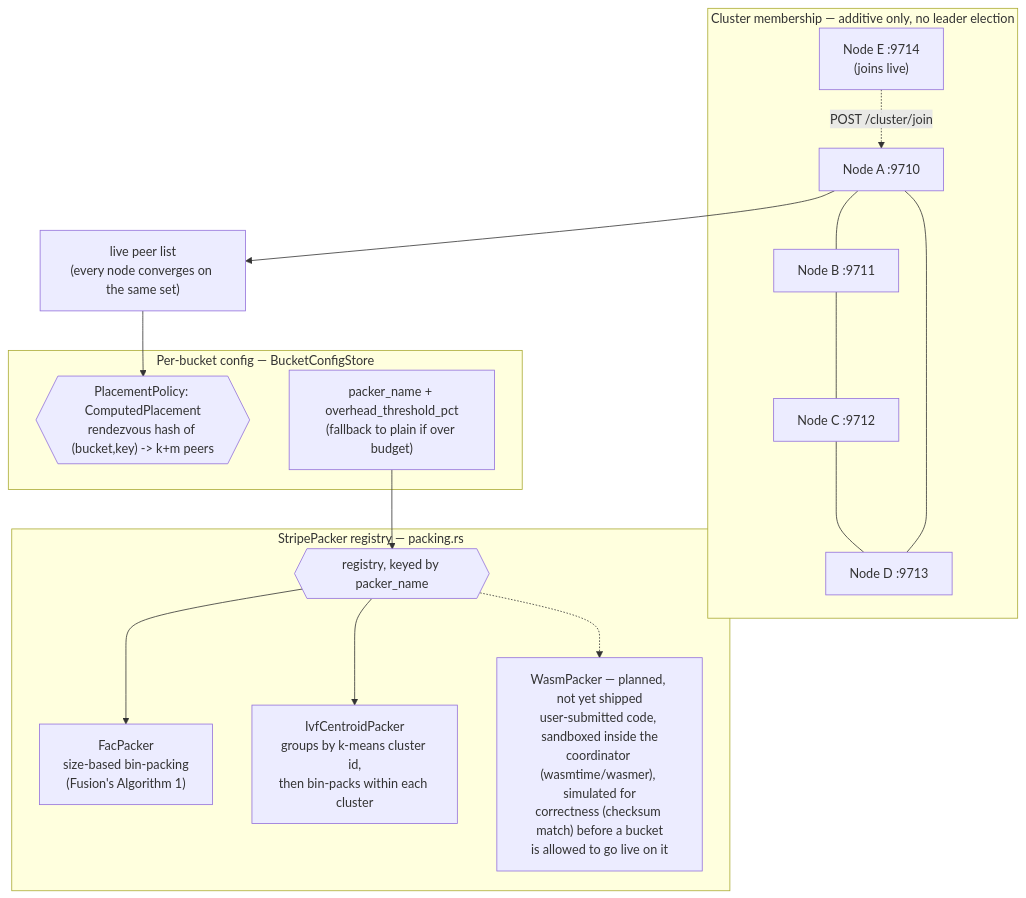
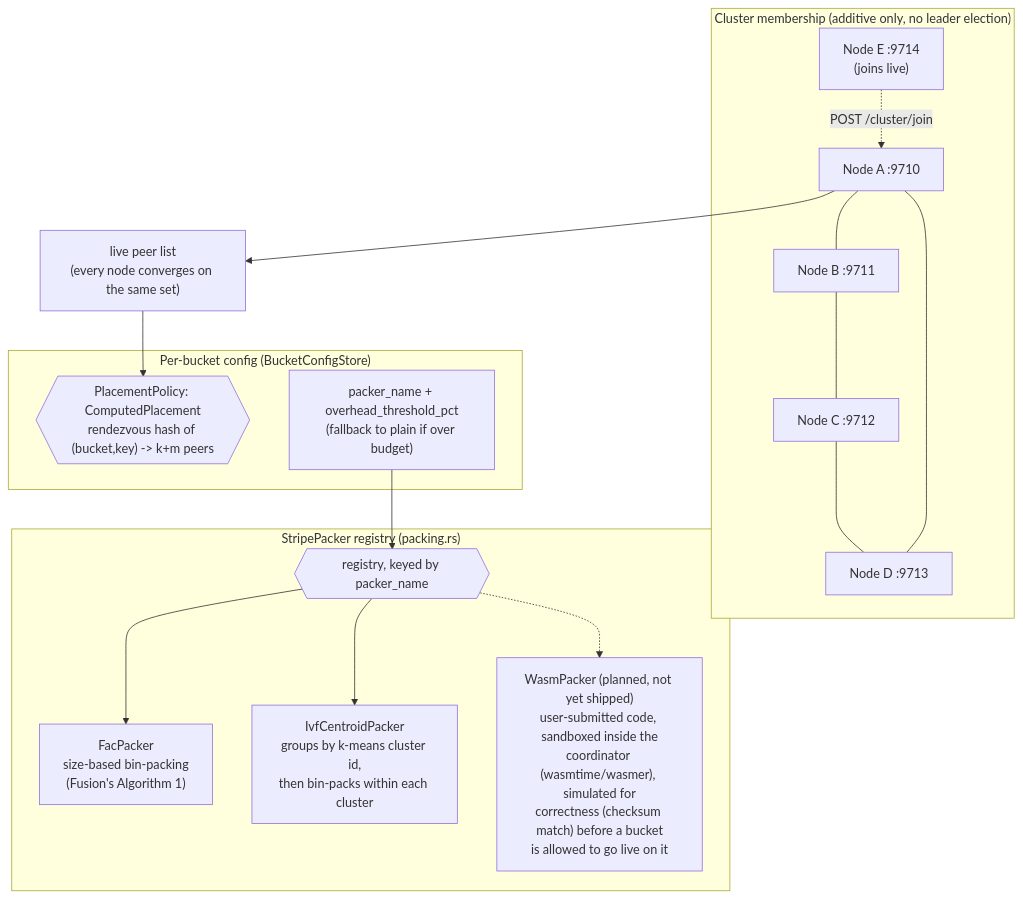
Before and after one commit to vitality-ai/warpdrive: the second of 4 diagrams in docs/Technical-Architecture.md, drawn with Mermaid. The commit also changed other lines of this file and 2 other files, not shown here.

````diff
--- a/docs/Technical-Architecture.md
+++ b/docs/Technical-Architecture.md
@@ -77,36 +77,36 @@
 ```mermaid
 flowchart TB
-    subgraph CLUSTER["Cluster membership — additive only, no leader election"]
+    subgraph CLUSTER["Cluster membership (additive only, no leader election)"]
         NA["Node A :9710"]
         NB["Node B :9711"]
         NC["Node C :9712"]
         ND["Node D :9713"]
         NE["Node E :9714\n(joins live)"]
         NA --- NB
         NB --- NC
         NC --- ND
         ND --- NA
         NE -.->|"POST /cluster/join"| NA
     end
 
     NA --> PEERS["live peer list\n(every node converges on the same set)"]
     PEERS --> PP
 
-    subgraph BUCKET["Per-bucket config — BucketConfigStore"]
+    subgraph BUCKET["Per-bucket config (BucketConfigStore)"]
         PP{{"PlacementPolicy: ComputedPlacement\nrendezvous hash of (bucket,key) -> k+m peers"}}
         CFG["packer_name + overhead_threshold_pct\n(fallback to plain if over budget)"]
     end
 
     CFG --> REG
 
-    subgraph REGISTRY["StripePacker registry — packing.rs"]
+    subgraph REGISTRY["StripePacker registry (packing.rs)"]
         REG{{"registry, keyed by packer_name"}}
         FAC["FacPacker\nsize-based bin-packing\n(Fusion's Algorithm 1)"]
         IVF["IvfCentroidPacker\ngroups by k-means cluster id,\nthen bin-packs within each cluster"]
-        WASMP["WasmPacker — planned, not yet shipped\nuser-submitted code, sandboxed inside the\ncoordinator (wasmtime/wasmer), simulated for\ncorrectness (checksum match) before a bucket\nis allowed to go live on it"]
+        WASMP["WasmPacker (planned, not yet shipped)\nuser-submitted code, sandboxed inside the\ncoordinator (wasmtime/wasmer), simulated for\ncorrectness (checksum match) before a bucket\nis allowed to go live on it"]
     end
 
     REG --> FAC
     REG --> IVF
     REG -.-> WASMP
 ```
````
